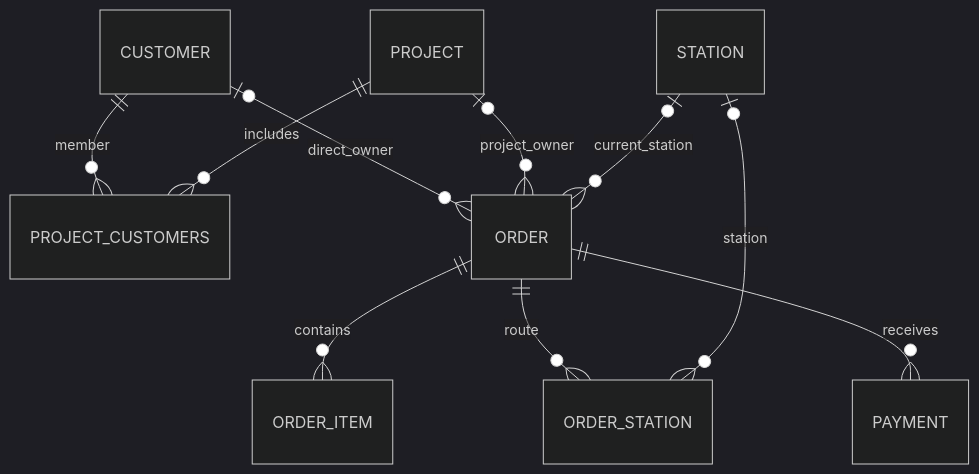
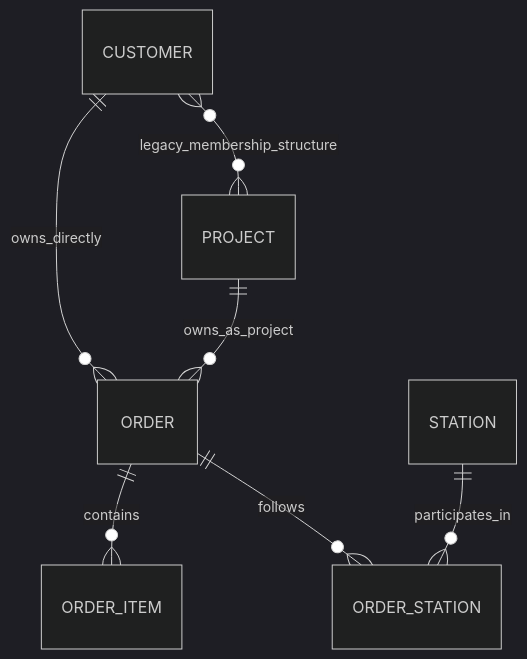
The diagram in docs/discovery/DOMAIN_MODEL.md (vnematpour/MetalCraft-Web), drawn with Mermaid (dark theme) before and after one commit. The commit also changed other lines of this file and 5 other files, not shown here.

````diff
--- a/docs/discovery/DOMAIN_MODEL.md
+++ b/docs/discovery/DOMAIN_MODEL.md
@@ -72,12 +72,9 @@
 ```mermaid
 erDiagram
-    CUSTOMER ||--o{ PROJECT_CUSTOMERS : member
-    PROJECT ||--o{ PROJECT_CUSTOMERS : includes
-    CUSTOMER o|--o{ ORDER : direct_owner
-    PROJECT o|--o{ ORDER : project_owner
+    CUSTOMER }o--o{ PROJECT : legacy_membership_structure
+    CUSTOMER ||--o{ ORDER : owns_directly
+    PROJECT ||--o{ ORDER : owns_as_project
     ORDER ||--o{ ORDER_ITEM : contains
-    ORDER ||--o{ ORDER_STATION : route
-    ORDER ||--o{ PAYMENT : receives
-    STATION o|--o{ ORDER_STATION : station
-    STATION o|--o{ ORDER : current_station
+    ORDER ||--o{ ORDER_STATION : follows
+    STATION ||--o{ ORDER_STATION : participates_in
 ```
````
